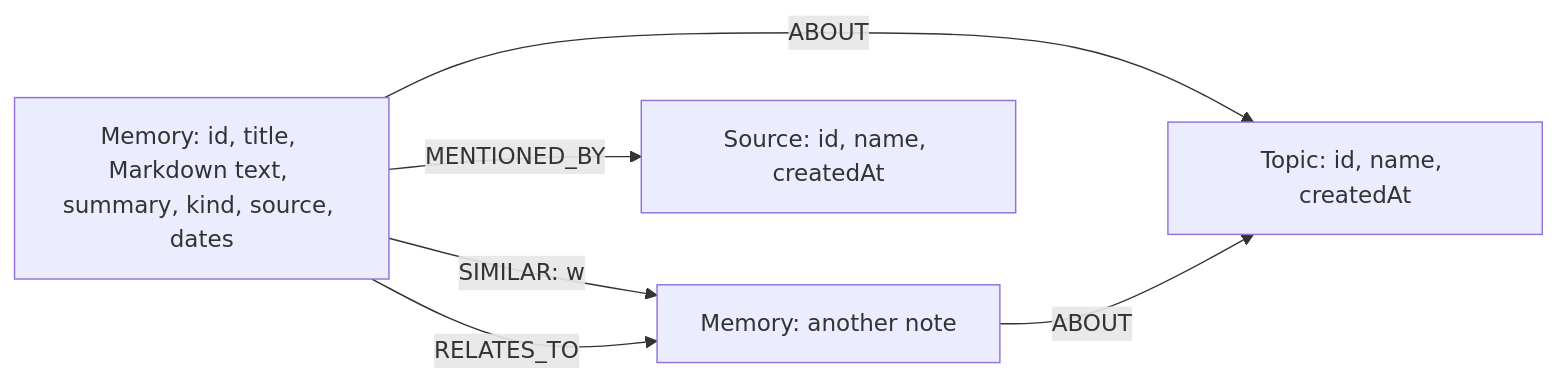
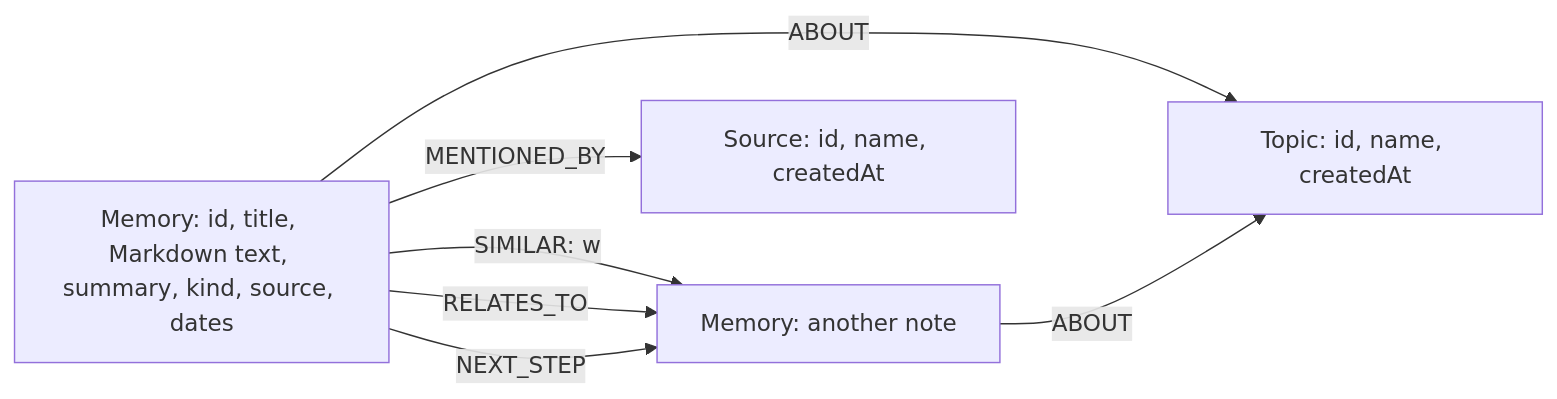
Before and after one commit to yukeidaro/jinai-memory: the second of 3 diagrams in docs/ARCHITECTURE.md, drawn with Mermaid. The commit also changed other lines of this file and 4 other files, not shown here.

````diff
--- a/docs/ARCHITECTURE.md
+++ b/docs/ARCHITECTURE.md
@@ -52,12 +54,13 @@
 ```mermaid
 flowchart LR
     A["Memory: id, title, Markdown text, summary, kind, source, dates"]
     B["Memory: another note"]
     T["Topic: id, name, createdAt"]
     S["Source: id, name, createdAt"]
     A -->|ABOUT| T
     B -->|ABOUT| T
     A -->|MENTIONED_BY| S
     A -->|"SIMILAR: w"| B
     A -->|RELATES_TO| B
+    A -->|NEXT_STEP| B
 ```
````
